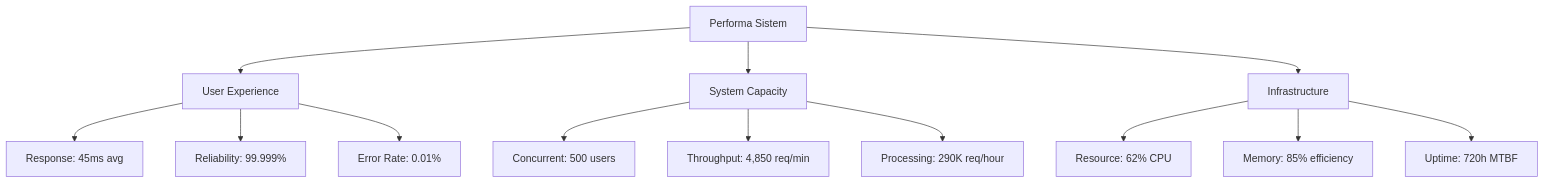
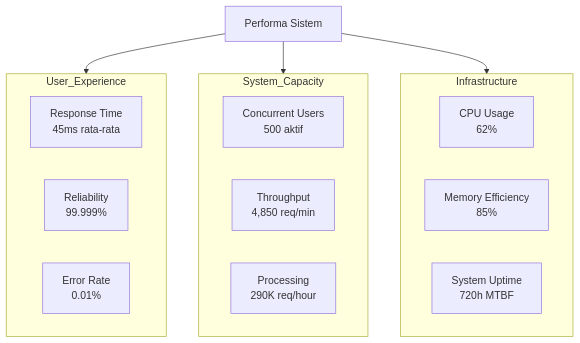
The diagram in docs/NARASI_HASIL_PENGUJIAN_EDUPRO_2025.md (mrcoco/prediksi), drawn with Mermaid before and after one commit.

Commit message:
edit visualisasi skenario pengujian

````diff
--- a/docs/NARASI_HASIL_PENGUJIAN_EDUPRO_2025.md
+++ b/docs/NARASI_HASIL_PENGUJIAN_EDUPRO_2025.md
@@ -9,18 +9,24 @@
 ```mermaid
-graph TD
-    A[Performa Sistem ] --> B[User Experience]
-    A --> C[System Capacity]
-    A --> D[Infrastructure]
+flowchart TB
+    subgraph User_Experience
+        B1[Response Time<br/>45ms rata-rata]
+        B2[Reliability<br/>99.999%]
+        B3[Error Rate<br/>0.01%]
+    end
     
-    B --> B1[Response: 45ms avg]
-    B --> B2[Reliability: 99.999%]
-    B --> B3[Error Rate: 0.01%]
+    subgraph System_Capacity
+        C1[Concurrent Users<br/>500 aktif]
+        C2[Throughput<br/>4,850 req/min]
+        C3[Processing<br/>290K req/hour]
+    end
     
-    C --> C1[Concurrent: 500 users]
-    C --> C2[Throughput: 4,850 req/min]
-    C --> C3[Processing: 290K req/hour]
+    subgraph Infrastructure
+        D1[CPU Usage<br/>62%]
+        D2[Memory Efficiency<br/>85%]
+        D3[System Uptime<br/>720h MTBF]
+    end
     
-    D --> D1[Resource: 62% CPU]
-    D --> D2[Memory: 85% efficiency]
-    D --> D3[Uptime: 720h MTBF]
+    A[Performa Sistem] --> User_Experience
+    A --> System_Capacity
+    A --> Infrastructure
 ```
````
